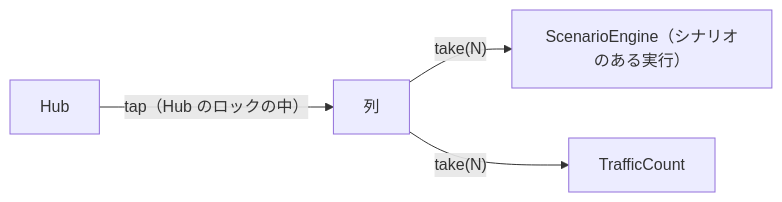
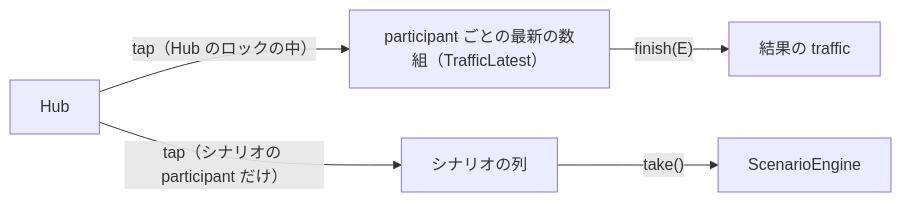
The fourth of 5 diagrams in docs/internals/control.md (rahanahu/vehicle-sil), drawn with Mermaid before and after one commit. The commit also changed other lines of this file and 108 other files, not shown here.

First line of the commit message:
fix(launch): count traffic without a queue, and say who sent and who received

````diff
--- a/docs/internals/control.md
+++ b/docs/internals/control.md
@@ -214,6 +214,7 @@
 ```mermaid
 flowchart LR
-    hub["Hub"] -- "tap（Hub のロックの中）" --> queue["列"]
-    queue -- "take(N)" --> engine["ScenarioEngine（シナリオのある実行）"]
-    queue -- "take(N)" --> count["TrafficCount"]
+    hub["Hub"] -- "tap（Hub のロックの中）" --> latest["participant ごとの最新の数組（TrafficLatest）"]
+    hub -- "tap（シナリオの participant だけ）" --> queue["シナリオの列"]
+    queue -- "take()" --> engine["ScenarioEngine"]
+    latest -- "finish(E)" --> result["結果の traffic"]
 ```
````
